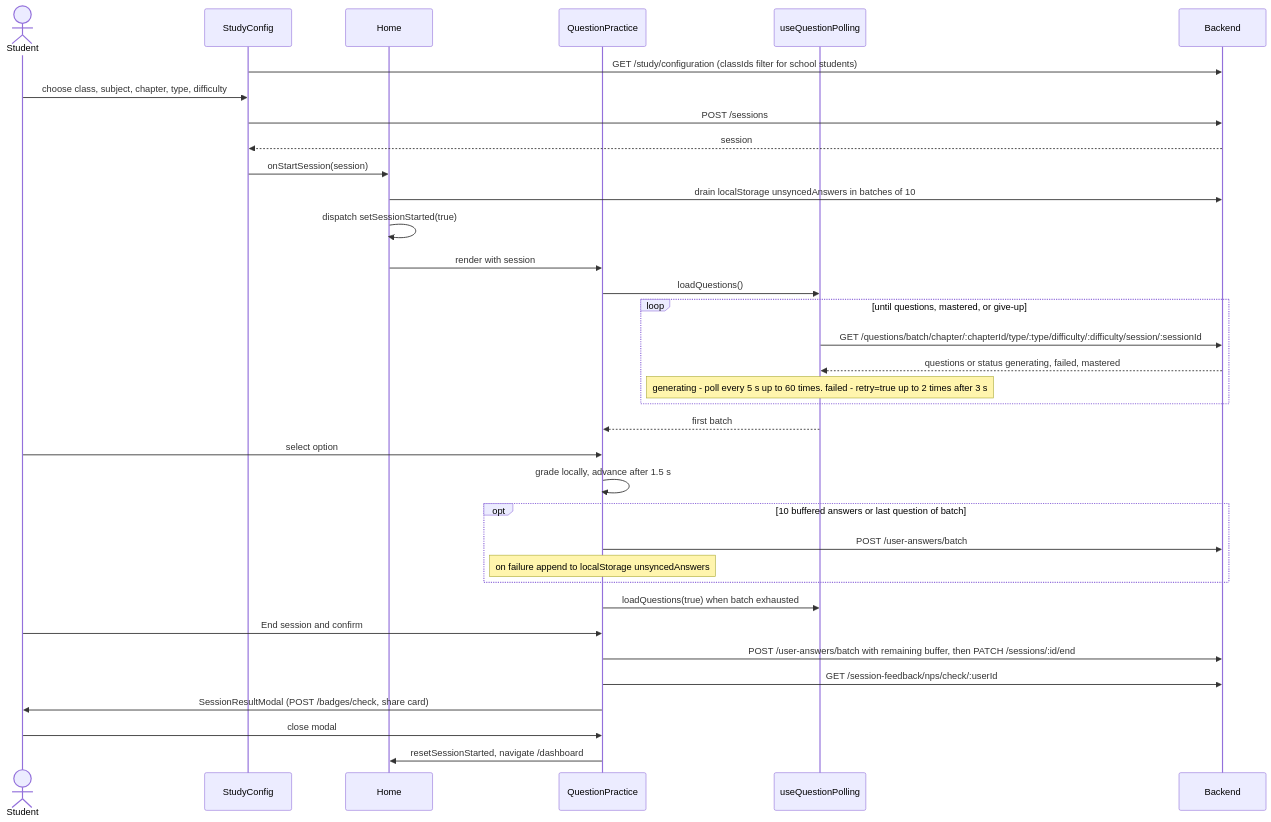
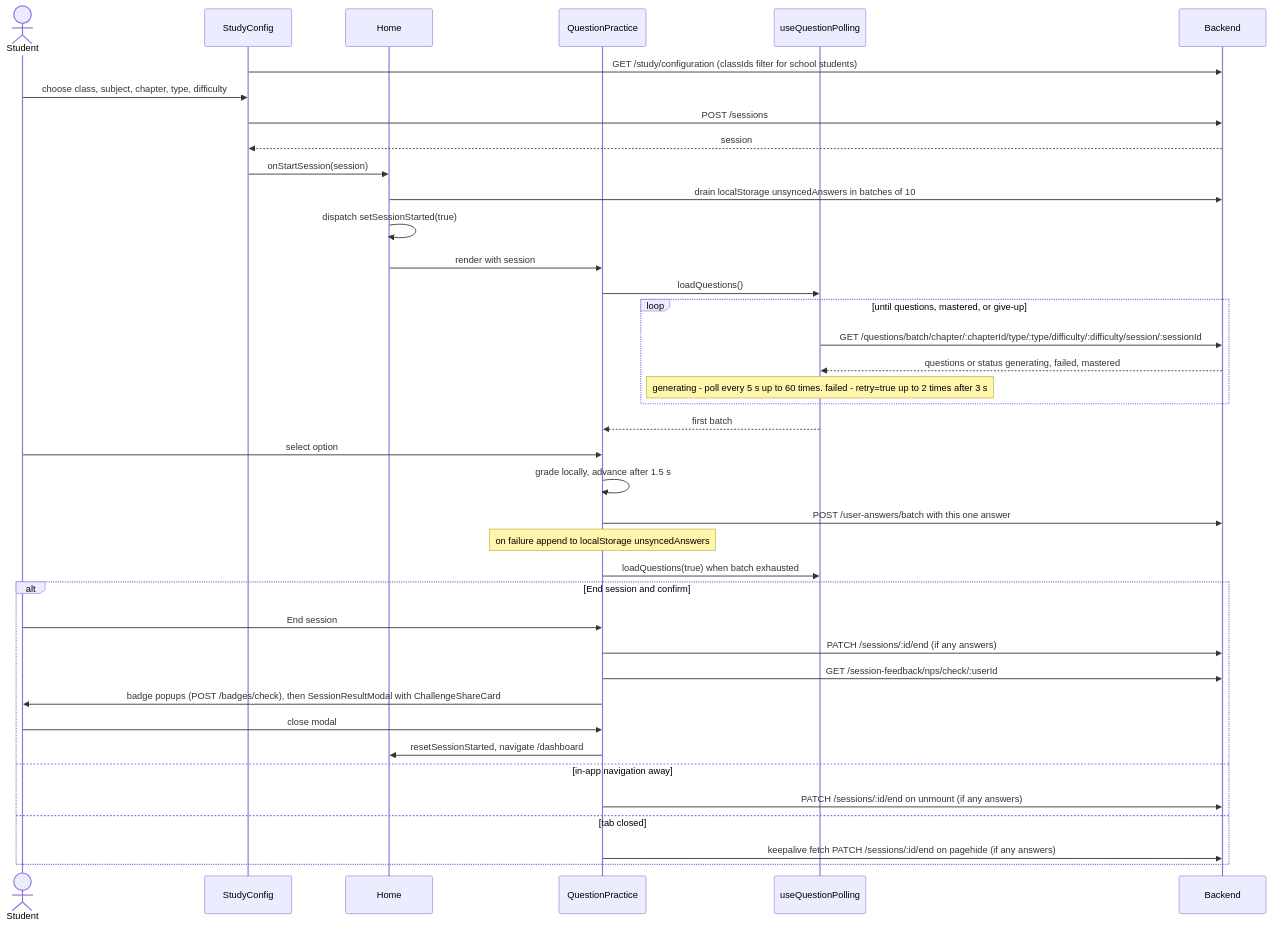
The ninth of 14 diagrams in docs/frontend/lld.md (AskAide-AI/docs), drawn with Mermaid before and after one commit. The commit also changed other lines of this file and 46 other files, not shown here.

````diff
--- a/docs/frontend/lld.md
+++ b/docs/frontend/lld.md
@@ -568,37 +619,41 @@
 ```mermaid
 sequenceDiagram
   actor U as Student
   participant SC as StudyConfig
   participant HM as Home
   participant QP as QuestionPractice
   participant PH as useQuestionPolling
   participant BE as Backend
   SC->>BE: GET /study/configuration (classIds filter for school students)
   U->>SC: choose class, subject, chapter, type, difficulty
   SC->>BE: POST /sessions
   BE-->>SC: session
   SC->>HM: onStartSession(session)
   HM->>BE: drain localStorage unsyncedAnswers in batches of 10
   HM->>HM: dispatch setSessionStarted(true)
   HM->>QP: render with session
   QP->>PH: loadQuestions()
   loop until questions, mastered, or give-up
     PH->>BE: GET /questions/batch/chapter/:chapterId/type/:type/difficulty/:difficulty/session/:sessionId
     BE-->>PH: questions or status generating, failed, mastered
     Note over PH: generating - poll every 5 s up to 60 times. failed - retry=true up to 2 times after 3 s
   end
   PH-->>QP: first batch
   U->>QP: select option
   QP->>QP: grade locally, advance after 1.5 s
-  opt 10 buffered answers or last question of batch
-    QP->>BE: POST /user-answers/batch
-    Note over QP: on failure append to localStorage unsyncedAnswers
+  QP->>BE: POST /user-answers/batch with this one answer
+  Note over QP: on failure append to localStorage unsyncedAnswers
+  QP->>PH: loadQuestions(true) when batch exhausted
+  alt End session and confirm
+    U->>QP: End session
+    QP->>BE: PATCH /sessions/:id/end (if any answers)
+    QP->>BE: GET /session-feedback/nps/check/:userId
+    QP->>U: badge popups (POST /badges/check), then SessionResultModal with ChallengeShareCard
+    U->>QP: close modal
+    QP->>HM: resetSessionStarted, navigate /dashboard
+  else in-app navigation away
+    QP->>BE: PATCH /sessions/:id/end on unmount (if any answers)
+  else tab closed
+    QP->>BE: keepalive fetch PATCH /sessions/:id/end on pagehide (if any answers)
   end
-  QP->>PH: loadQuestions(true) when batch exhausted
-  U->>QP: End session and confirm
-  QP->>BE: POST /user-answers/batch with remaining buffer, then PATCH /sessions/:id/end
-  QP->>BE: GET /session-feedback/nps/check/:userId
-  QP->>U: SessionResultModal (POST /badges/check, share card)
-  U->>QP: close modal
-  QP->>HM: resetSessionStarted, navigate /dashboard
 ```
````
